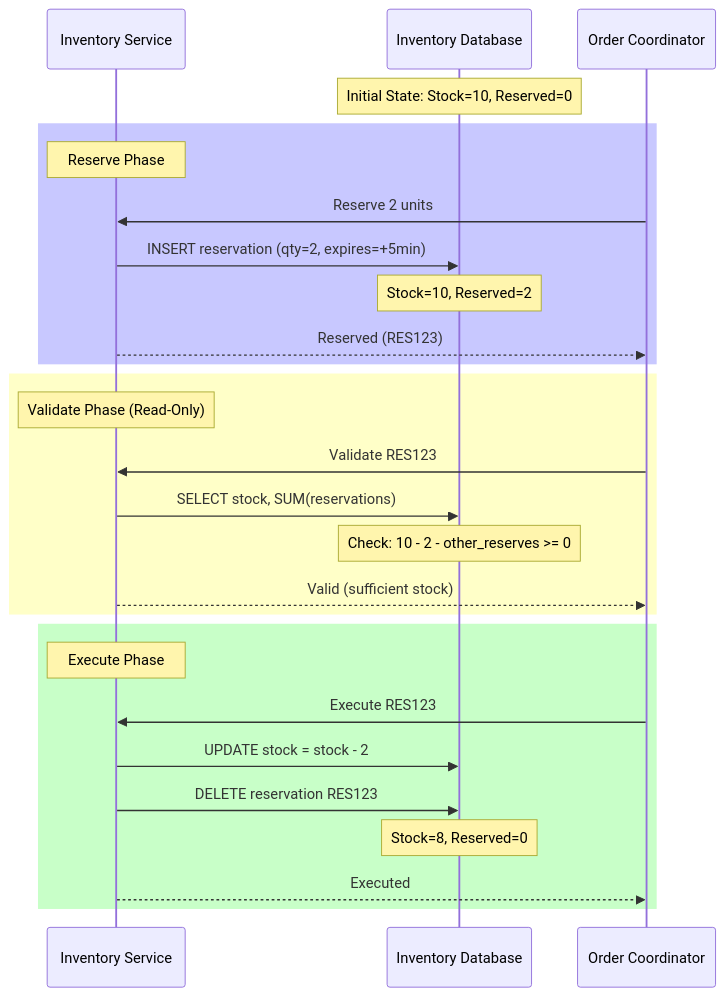
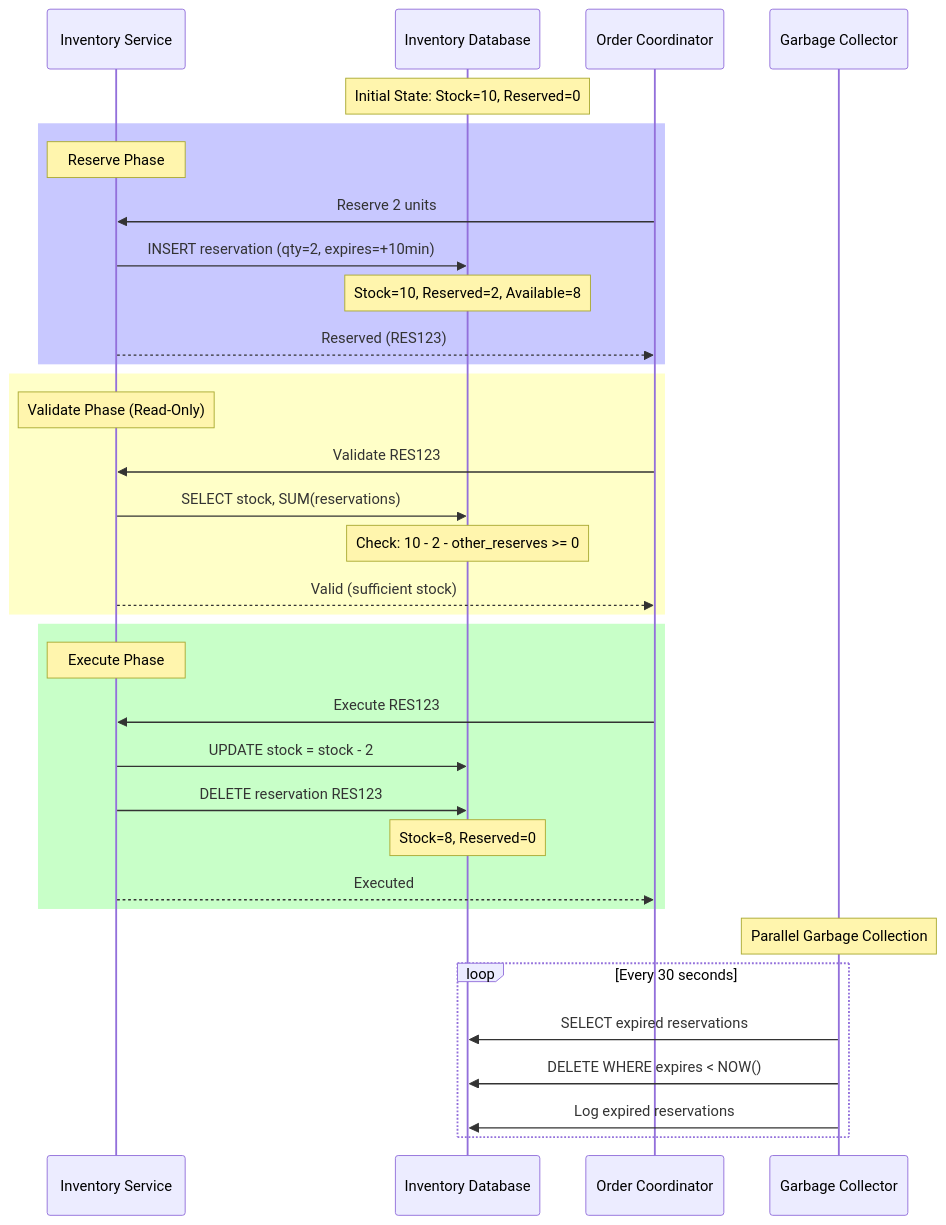
Before and after one commit to ha1tch/dxp: diagram 12 of 23 in doc/dxp-03-sequence-diagrams.md, drawn with Mermaid. The commit also changed other lines of this file and 6 other files, not shown here.

````diff
--- a/doc/dxp-03-sequence-diagrams.md
+++ b/doc/dxp-03-sequence-diagrams.md
@@ -408,33 +528,41 @@
 ```mermaid
 sequenceDiagram
     participant I as Inventory Service
     participant DB as Inventory Database
     participant O as Order Coordinator
+    participant GC as Garbage Collector
 
     Note over DB: Initial State: Stock=10, Reserved=0
     
     rect rgb(200, 200, 255)
         Note over I: Reserve Phase
         O->>I: Reserve 2 units
-        I->>DB: INSERT reservation (qty=2, expires=+5min)
-        Note over DB: Stock=10, Reserved=2
+        I->>DB: INSERT reservation (qty=2, expires=+10min)
+        Note over DB: Stock=10, Reserved=2, Available=8
         I-->>O: Reserved (RES123)
     end
     
     rect rgb(255, 255, 200)
         Note over I: Validate Phase (Read-Only)
         O->>I: Validate RES123
         I->>DB: SELECT stock, SUM(reservations)
         Note over DB: Check: 10 - 2 - other_reserves >= 0
         I-->>O: Valid (sufficient stock)
     end
     
     rect rgb(200, 255, 200)
         Note over I: Execute Phase
         O->>I: Execute RES123
         I->>DB: UPDATE stock = stock - 2
         I->>DB: DELETE reservation RES123
         Note over DB: Stock=8, Reserved=0
         I-->>O: Executed
     end
+    
+    Note over GC: Parallel Garbage Collection
+    loop Every 30 seconds
+        GC->>DB: SELECT expired reservations
+        GC->>DB: DELETE WHERE expires < NOW()
+        GC->>DB: Log expired reservations
+    end
 ```
````
